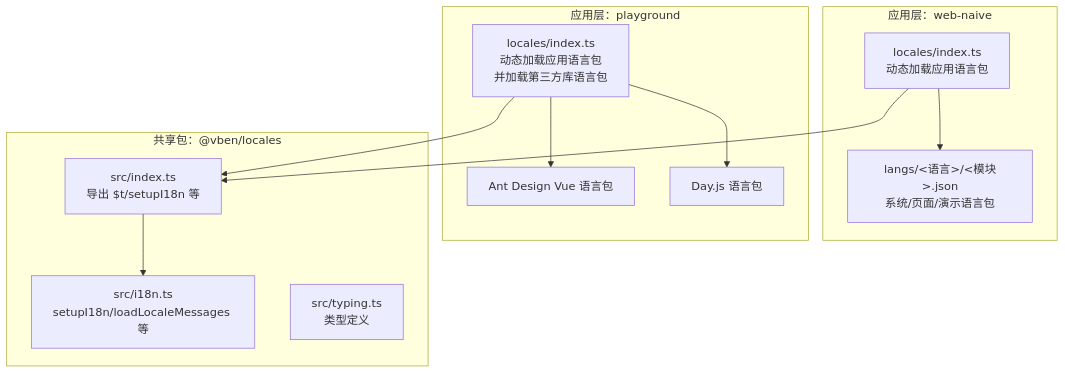
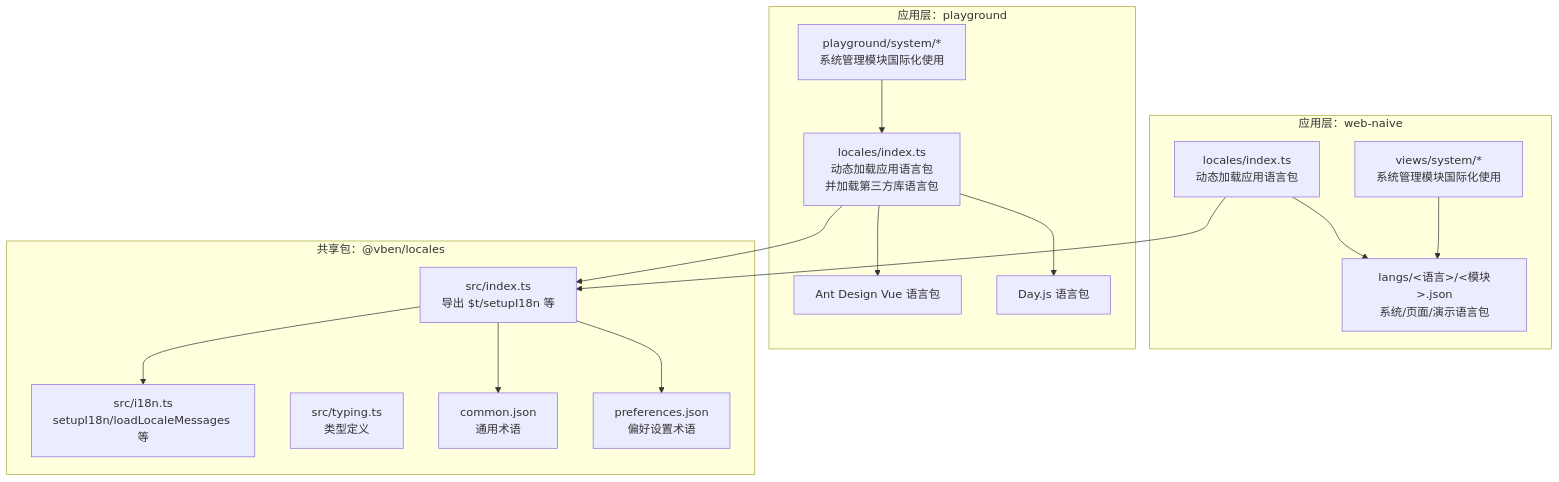
Before and after one commit to ShiRuYu/shiyu-ui: the first of 5 diagrams in .qoder/repowiki/zh/content/国际化系统/国际化系统.md, drawn with Mermaid. The commit also changed other lines of this file and 37 other files, not shown here.

````diff
--- a/.qoder/repowiki/zh/content/国际化系统/国际化系统.md
+++ b/.qoder/repowiki/zh/content/国际化系统/国际化系统.md
@@ -53,23 +79,31 @@
 ```mermaid
 graph TB
 subgraph "应用层：web-naive"
 WNI["locales/index.ts<br/>动态加载应用语言包"]
 WNL["langs/<语言>/<模块>.json<br/>系统/页面/演示语言包"]
+WNS["views/system/*<br/>系统管理模块国际化使用"]
 end
 subgraph "应用层：playground"
 PLI["locales/index.ts<br/>动态加载应用语言包<br/>并加载第三方库语言包"]
 PTL["Ant Design Vue 语言包"]
 PDL["Day.js 语言包"]
+PLS["playground/system/*<br/>系统管理模块国际化使用"]
 end
 subgraph "共享包：@vben/locales"
 LIDX["src/index.ts<br/>导出 $t/setupI18n 等"]
 LI18N["src/i18n.ts<br/>setupI18n/loadLocaleMessages 等"]
 LTYP["src/typing.ts<br/>类型定义"]
+LCOM["common.json<br/>通用术语"]
+LPREF["preferences.json<br/>偏好设置术语"]
 end
 WNI --> LIDX
 PLI --> LIDX
 LIDX --> LI18N
 PLI --> PTL
 PLI --> PDL
 WNI --> WNL
+WNS --> WNL
+PLS --> PLI
+LIDX --> LCOM
+LIDX --> LPREF
 ```
````
